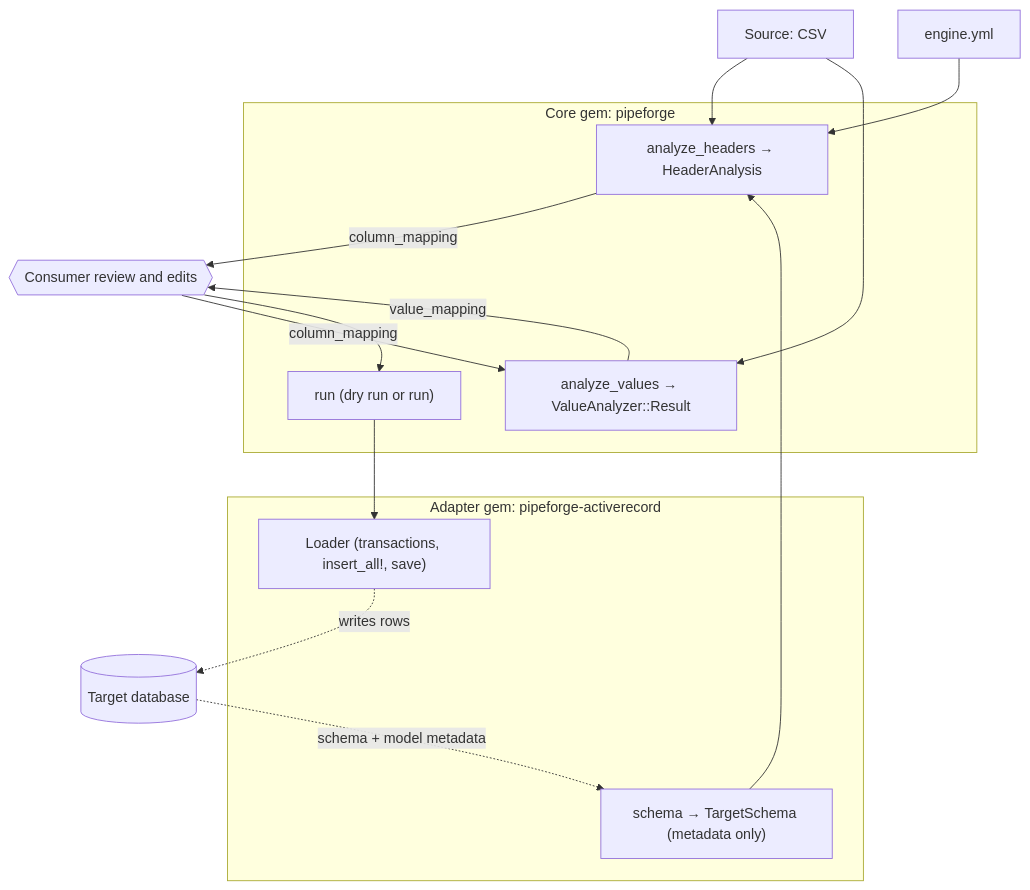
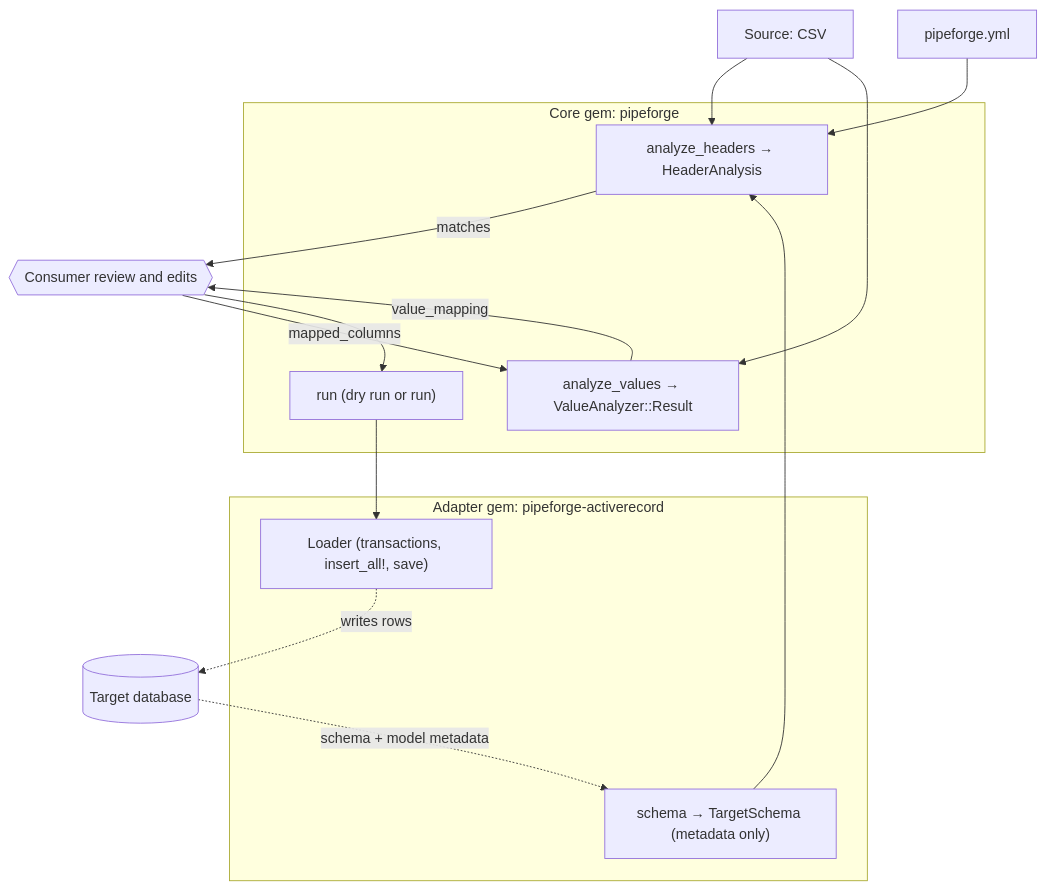
The first of 2 diagrams in docs/architecture/overview.md (venkydev02/Pipeforge), drawn with Mermaid before and after one commit. The commit also changed other lines of this file and 98 other files, not shown here.

````diff
--- a/docs/architecture/overview.md
+++ b/docs/architecture/overview.md
@@ -57,30 +58,30 @@
 ```mermaid
 flowchart TD
     Source[Source: CSV]
     DB[(Target database)]
-    Config[engine.yml]
+    Config[pipeforge.yml]
 
     subgraph Core["Core gem: pipeforge"]
         Headers["analyze_headers → HeaderAnalysis"]
         Values["analyze_values → ValueAnalyzer::Result"]
         Runtime["run (dry run or run)"]
     end
 
     subgraph Adapter["Adapter gem: pipeforge-activerecord"]
         Schema["schema → TargetSchema (metadata only)"]
         Loader["Loader (transactions, insert_all!, save)"]
     end
 
     Consumer{{"Consumer review and edits"}}
 
     Source --> Headers
     DB -. "schema + model metadata" .-> Schema --> Headers
     Config --> Headers
-    Headers -->|"column_mapping"| Consumer
-    Consumer -->|"column_mapping"| Values
+    Headers -->|"matches"| Consumer
+    Consumer -->|"mapped_columns"| Values
     Source --> Values
     Values -->|"value_mapping"| Consumer
     Consumer --> Runtime
     Runtime --> Loader
     Loader -. writes rows .-> DB
 ```
````
